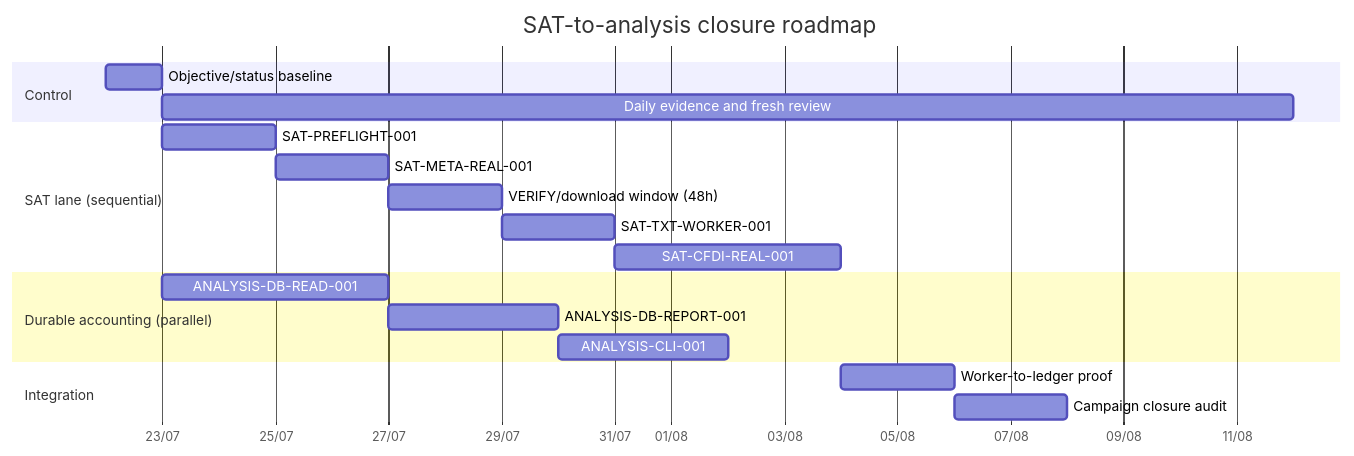
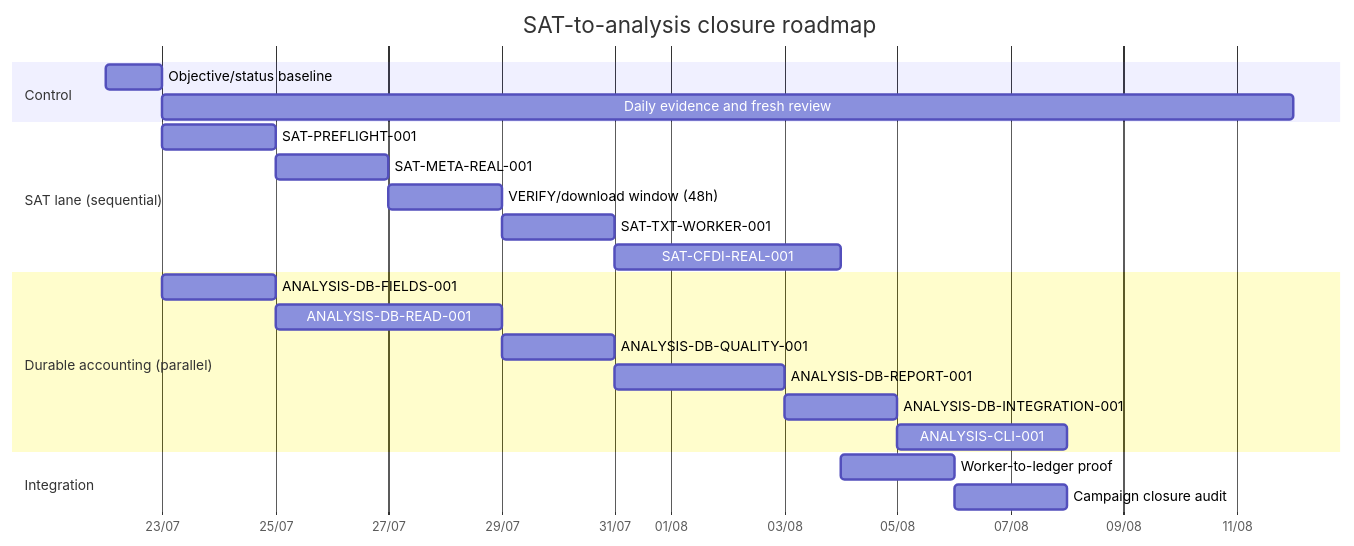
Before and after one commit to Crls8a/cfdi-vault-mx: the diagram in docs/planning/sat-program/objective-and-task-orchestrator.md, drawn with Mermaid. The commit also changed other lines of this file and 2 other files, not shown here.

Commit message:
docs(planning): sync analysis task board

````diff
--- a/docs/planning/sat-program/objective-and-task-orchestrator.md
+++ b/docs/planning/sat-program/objective-and-task-orchestrator.md
@@ -142,22 +142,25 @@
 ```mermaid
 gantt
     title SAT-to-analysis closure roadmap
     dateFormat  YYYY-MM-DD
     axisFormat  %d/%m
     section Control
     Objective/status baseline       :a0, 2026-07-22, 1d
     Daily evidence and fresh review :a1, after a0, 20d
     section SAT lane (sequential)
     SAT-PREFLIGHT-001              :sat0, after a0, 2d
     SAT-META-REAL-001              :sat1, after sat0, 2d
     VERIFY/download window (48h)   :sat2, after sat1, 2d
     SAT-TXT-WORKER-001             :sat3, after sat2, 2d
     SAT-CFDI-REAL-001              :sat4, after sat3, 4d
     section Durable accounting (parallel)
-    ANALYSIS-DB-READ-001           :db0, after a0, 4d
-    ANALYSIS-DB-REPORT-001         :db1, after db0, 3d
-    ANALYSIS-CLI-001               :db2, after db1, 3d
+    ANALYSIS-DB-FIELDS-001         :db0, after a0, 2d
+    ANALYSIS-DB-READ-001           :db1, after db0, 4d
+    ANALYSIS-DB-QUALITY-001        :db2, after db1, 2d
+    ANALYSIS-DB-REPORT-001         :db3, after db2, 3d
+    ANALYSIS-DB-INTEGRATION-001    :db4, after db3, 2d
+    ANALYSIS-CLI-001               :db5, after db4, 3d
     section Integration
     Worker-to-ledger proof          :int0, after sat4, 2d
     Campaign closure audit          :int1, after int0, 2d
 ```
````
